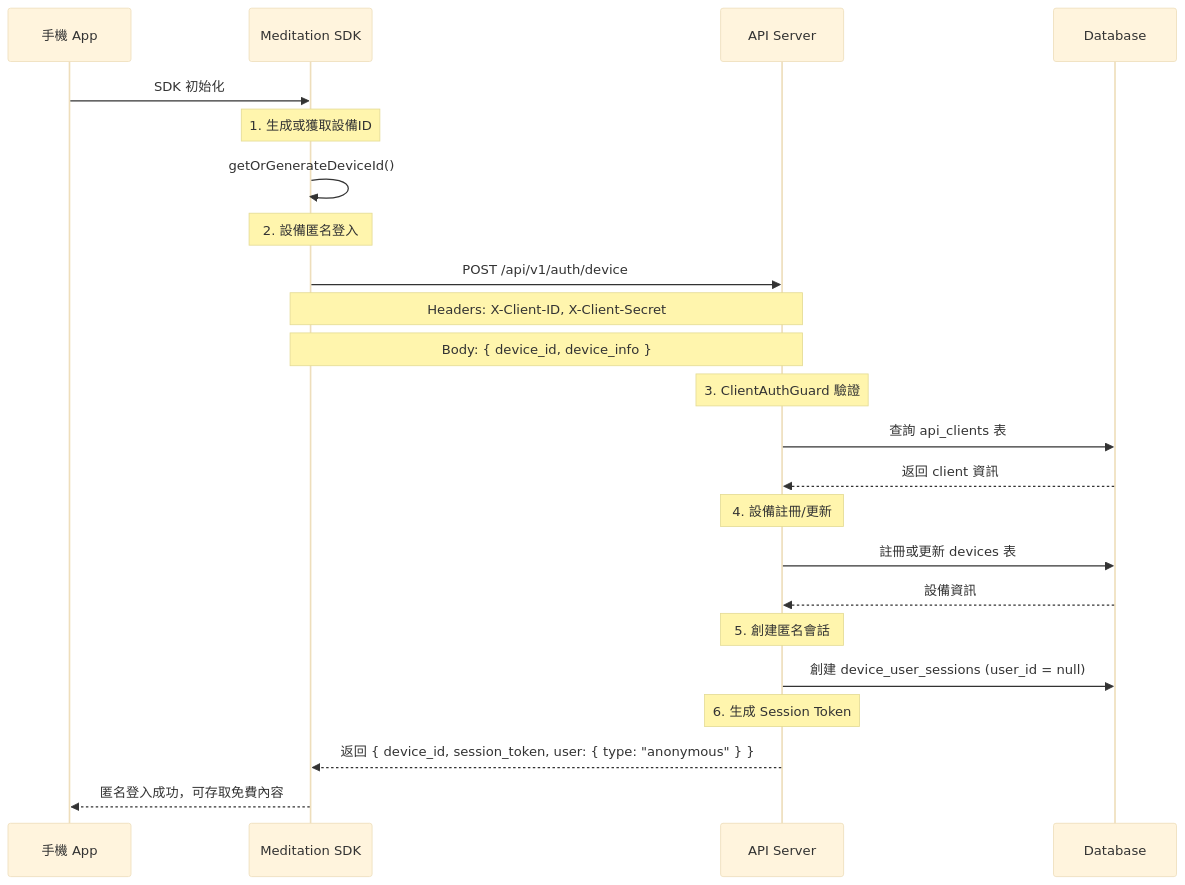
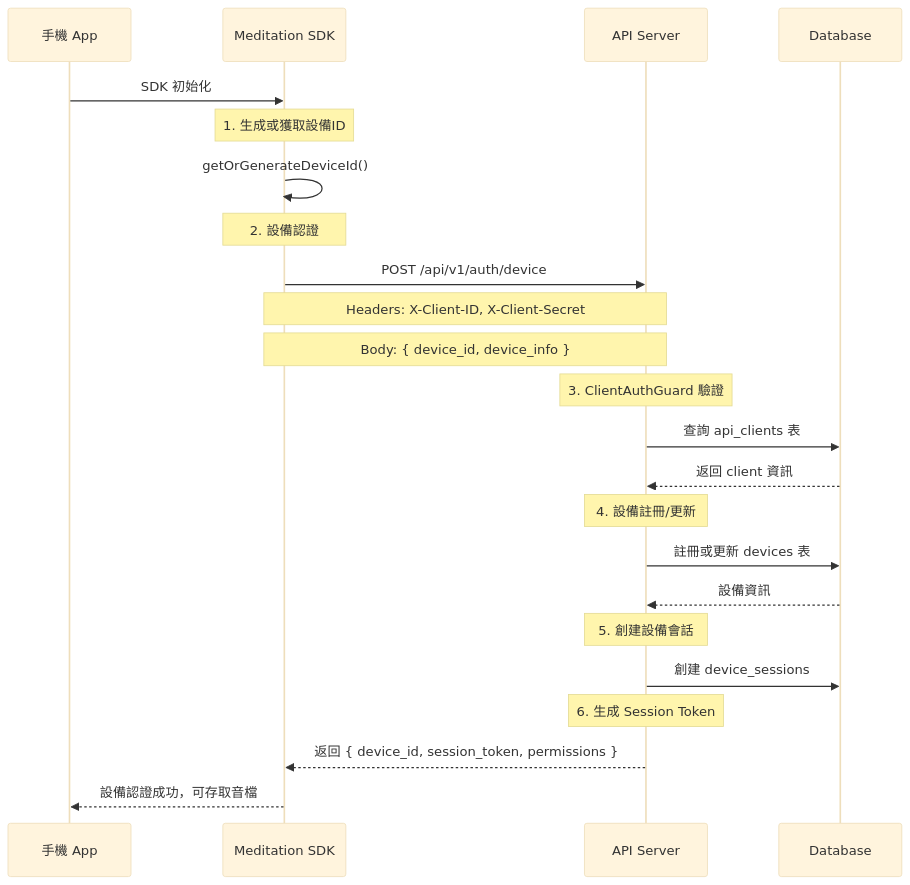
The first of 4 diagrams in docs/authentication-flow.md (kevintu117/meditation-plan), drawn with Mermaid (base theme) before and after one commit. The commit also changed other lines of this file and 6 other files, not shown here.

````diff
--- a/docs/authentication-flow.md
+++ b/docs/authentication-flow.md
@@ -28,33 +28,33 @@
 ```mermaid
 sequenceDiagram
     participant App as 手機 App
     participant SDK as Meditation SDK
     participant API as API Server
     participant DB as Database
 
     App->>SDK: SDK 初始化
     
     Note over SDK: 1. 生成或獲取設備ID
     SDK->>SDK: getOrGenerateDeviceId()
     
-    Note over SDK: 2. 設備匿名登入
+    Note over SDK: 2. 設備認證
     SDK->>API: POST /api/v1/auth/device
     Note over SDK,API: Headers: X-Client-ID, X-Client-Secret
     Note over SDK,API: Body: { device_id, device_info }
     
     Note over API: 3. ClientAuthGuard 驗證
     API->>DB: 查詢 api_clients 表
     DB-->>API: 返回 client 資訊
     
     Note over API: 4. 設備註冊/更新
     API->>DB: 註冊或更新 devices 表
     DB-->>API: 設備資訊
     
-    Note over API: 5. 創建匿名會話
-    API->>DB: 創建 device_user_sessions (user_id = null)
+    Note over API: 5. 創建設備會話
+    API->>DB: 創建 device_sessions
     
     Note over API: 6. 生成 Session Token
-    API-->>SDK: 返回 { device_id, session_token, user: { type: "anonymous" } }
+    API-->>SDK: 返回 { device_id, session_token, permissions }
     
-    SDK-->>App: 匿名登入成功，可存取免費內容
+    SDK-->>App: 設備認證成功，可存取音檔
 ```
````
